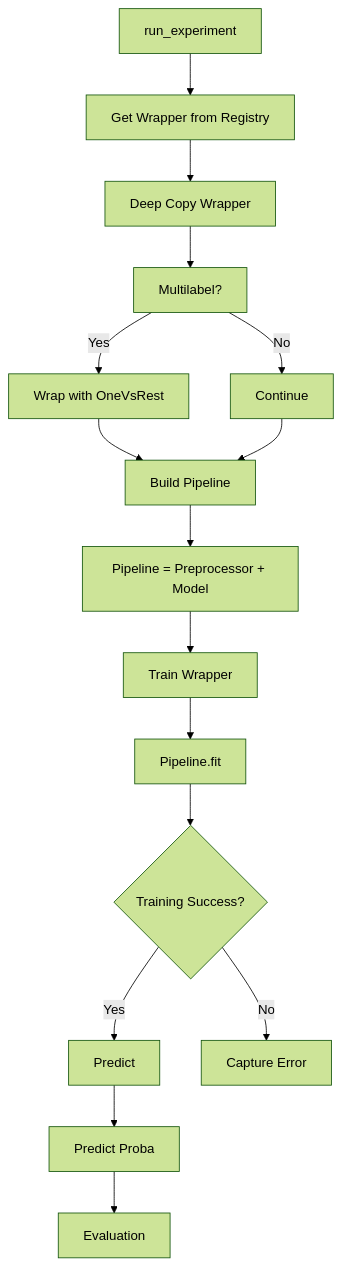
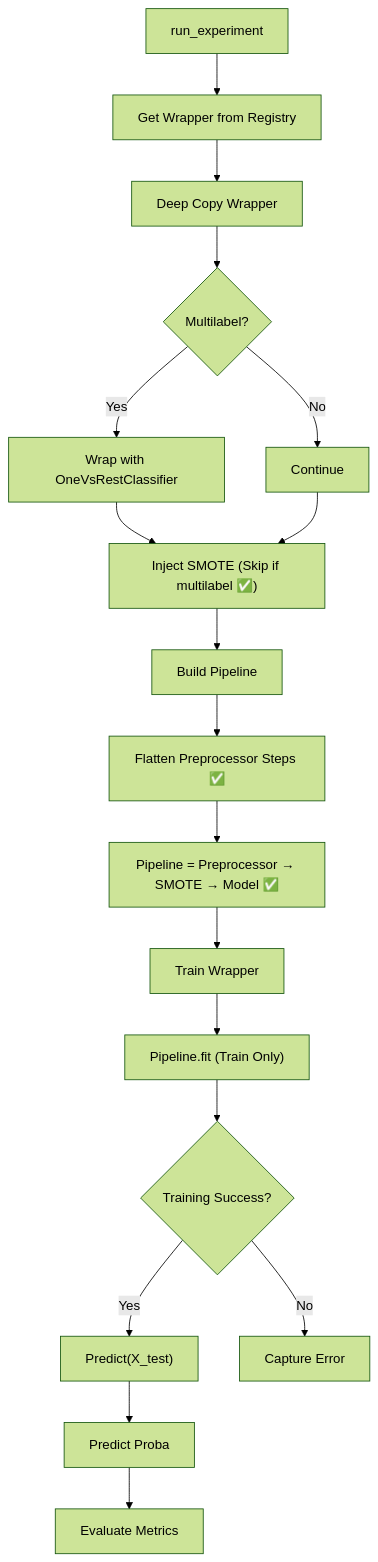
The third of 4 diagrams in lib/utility/machinelearning/facade/CLASSIFICATIONMODELUTILITY.md (abhinavssingh/python-learnings), drawn with Mermaid (forest theme) before and after one commit. The commit also changed other lines of this file and 15 other files, not shown here.

````diff
--- a/lib/utility/machinelearning/facade/CLASSIFICATIONMODELUTILITY.md
+++ b/lib/utility/machinelearning/facade/CLASSIFICATIONMODELUTILITY.md
@@ -60,28 +94,32 @@
 ```mermaid
 flowchart TD
 
     A[run_experiment] --> B[Get Wrapper from Registry]
 
     B --> C[Deep Copy Wrapper]
 
-    C --> D["Multilabel?"]
-    D -->|Yes| E[Wrap with OneVsRest]
+    C --> D{Multilabel?}
+    D -->|Yes| E[Wrap with OneVsRestClassifier]
     D -->|No| F[Continue]
 
-    E --> G[Build Pipeline]
+    E --> G["Inject SMOTE (Skip if multilabel ✅)"]
     F --> G
 
-    G --> H[Pipeline = Preprocessor + Model]
+    G --> H[Build Pipeline]
 
-    H --> I[Train Wrapper]
-    I --> J[Pipeline.fit]
+    H --> I[Flatten Preprocessor Steps ✅]
 
-    J --> K{Training Success?}
+    I --> J[Pipeline = Preprocessor → SMOTE → Model ✅]
 
-    K -->|Yes| L[Predict]
-    K -->|No| M[Capture Error]
+    J --> K[Train Wrapper]
+    K --> L["Pipeline.fit (Train Only)"]
 
-    L --> N[Predict Proba]
+    L --> M{Training Success?}
 
-    N --> O[Evaluation]
+    M -->|Yes| N["Predict(X_test)"]
+    M -->|No| O[Capture Error]
+
+    N --> P[Predict Proba]
+
+    P --> Q[Evaluate Metrics]
 ```
````
